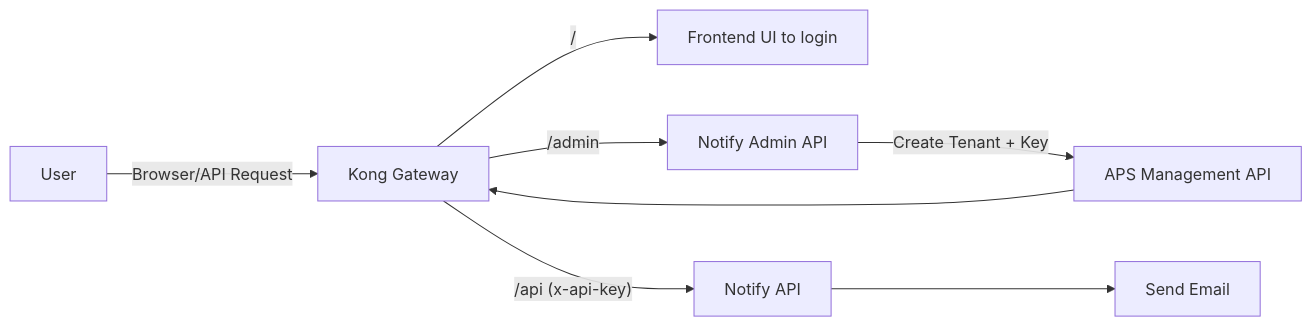
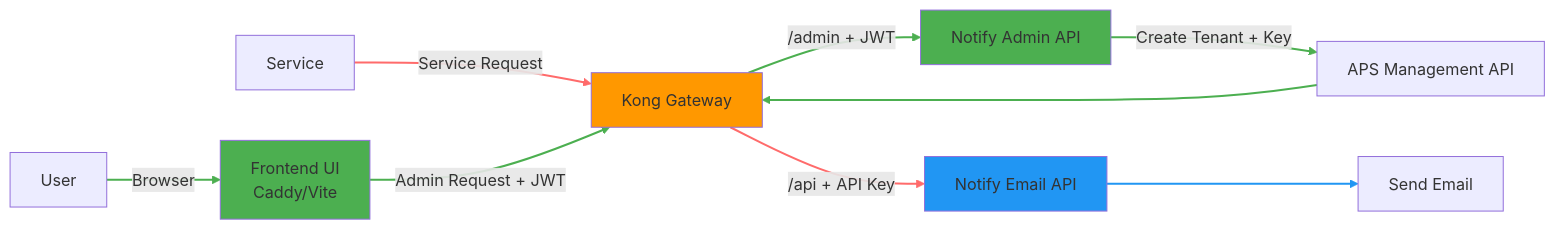
Before and after one commit to bcgov/common-notify: the first of 5 diagrams in notify_api_gateway_architecture_v2.md, drawn with Mermaid. The commit also changed other lines of this file and 5 other files, not shown here.

````diff
--- a/notify_api_gateway_architecture_v2.md
+++ b/notify_api_gateway_architecture_v2.md
@@ -14,12 +17,27 @@
 ```mermaid
 flowchart LR
-    User -->|Browser/API Request| Kong[Kong Gateway]
+    User -->|Browser| Frontend[Frontend UI<br/>Caddy/Vite]
+    Service -->|Service Request| Kong[Kong Gateway]
 
-    Kong -->|"/"| UI[Frontend UI to login]
-    Kong -->|"/admin"| AdminAPI[Notify Admin API]
-    Kong -->|"/api (x-api-key)"| Notify[Notify API]
+    Frontend -->|Admin Request + JWT| Kong
+    Kong -->|"/admin" + JWT| AdminAPI[Notify Admin API]
+    Kong -->|"/api" + API Key| Notify[Notify Email API]
 
     AdminAPI -->|Create Tenant + Key| APS[APS Management API]
     APS --> Kong
     Notify --> Email[Send Email]
+
+    style Kong fill:#ff9800
+    style Frontend fill:#4CAF50
+    style AdminAPI fill:#4CAF50
+    style Notify fill:#2196F3
+
+    linkStyle 0 stroke:#4CAF50,stroke-width:2px
+    linkStyle 1 stroke:#ff6b6b,stroke-width:2px
+    linkStyle 2 stroke:#4CAF50,stroke-width:2px
+    linkStyle 3 stroke:#4CAF50,stroke-width:2px
+    linkStyle 4 stroke:#ff6b6b,stroke-width:2px
+    linkStyle 5 stroke:#4CAF50,stroke-width:2px
+    linkStyle 6 stroke:#4CAF50,stroke-width:2px
+    linkStyle 7 stroke:#2196F3,stroke-width:2px
 ```
````
